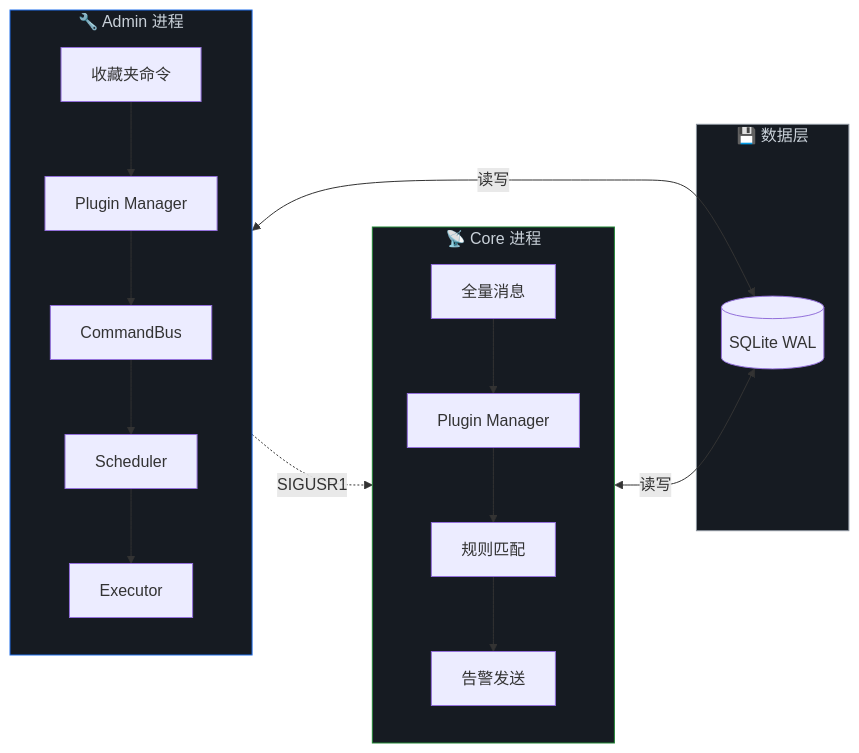
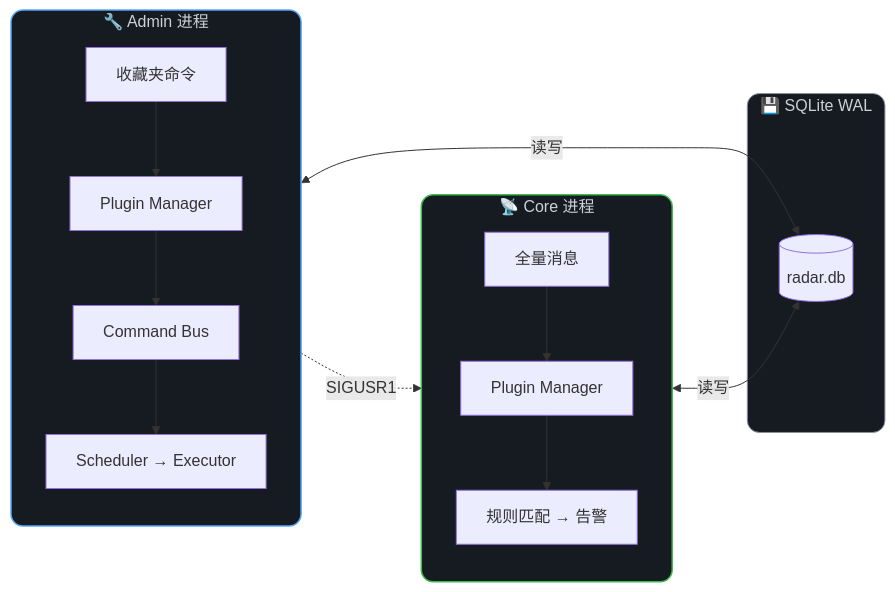
One commit to chenmo8848/TG-Radar changed the first of 2 diagrams in README.md. Above: the diagram before and after it, drawn with Mermaid. The commit also changed other lines of this file, not shown here.

````diff
--- a/README.md
+++ b/README.md
@@ -75,27 +74,21 @@
 ```mermaid
 graph LR
-    subgraph Admin["🔧 Admin 进程"]
-        CMD["收藏夹命令"] --> PM1["Plugin Manager"]
-        PM1 --> BUS["CommandBus"]
-        BUS --> SCH["Scheduler"]
-        SCH --> EXEC["Executor"]
+    subgraph A["&nbsp;&nbsp;🔧 Admin 进程&nbsp;&nbsp;"]
+        A1["收藏夹命令"] --> A2["Plugin Manager"]
+        A2 --> A3["Command Bus"]
+        A3 --> A4["Scheduler → Executor"]
     end
-
-    subgraph Core["📡 Core 进程"]
-        MSG["全量消息"] --> PM2["Plugin Manager"]
-        PM2 --> MATCH["规则匹配"]
-        MATCH --> ALERT["告警发送"]
+    subgraph C["&nbsp;&nbsp;📡 Core 进程&nbsp;&nbsp;"]
+        C1["全量消息"] --> C2["Plugin Manager"]
+        C2 --> C3["规则匹配 → 告警"]
     end
-
-    subgraph Storage["💾 数据层"]
-        DB[(SQLite WAL)]
+    subgraph D["&nbsp;&nbsp;💾 SQLite WAL&nbsp;&nbsp;"]
+        DB[(radar.db)]
     end
-
-    Admin <-->|"读写"| DB
-    Core <-->|"读写"| DB
-    Admin -.->|"SIGUSR1"| Core
-
-    style Admin fill:#161b22,stroke:#1f6feb,color:#c9d1d9
-    style Core fill:#161b22,stroke:#238636,color:#c9d1d9
-    style Storage fill:#161b22,stroke:#8b949e,color:#c9d1d9
+    A <-->|读写| DB
+    C <-->|读写| DB
+    A -.->|SIGUSR1| C
+    style A fill:#161b22,stroke:#58a6ff,stroke-width:1.5px,color:#c9d1d9,rx:12
+    style C fill:#161b22,stroke:#3fb950,stroke-width:1.5px,color:#c9d1d9,rx:12
+    style D fill:#161b22,stroke:#8b949e,stroke-width:1px,color:#c9d1d9,rx:12
 ```
````
